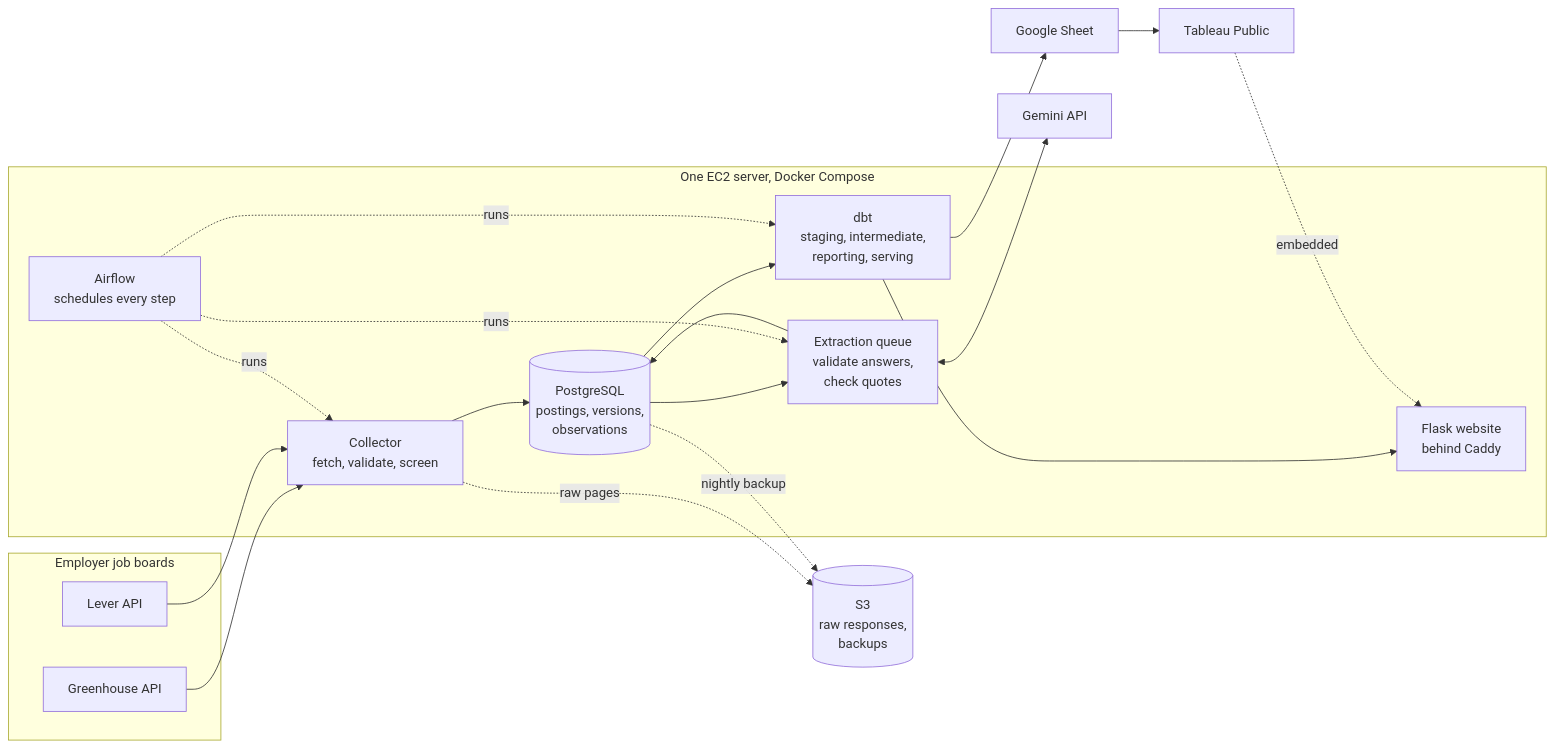
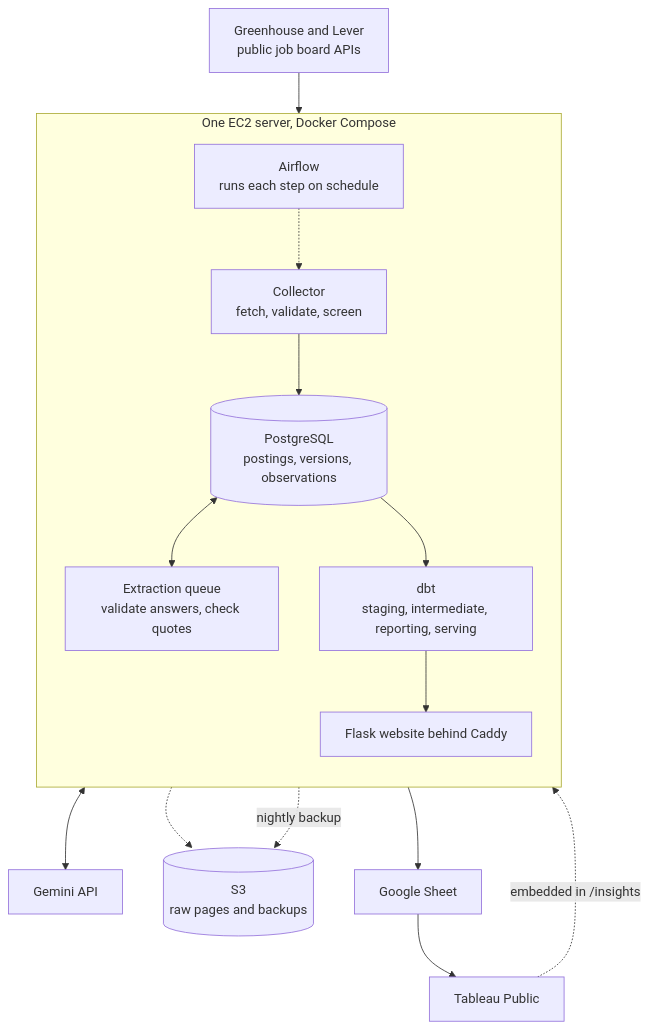
The diagram in docs/ARCHITECTURE.md (Niyog59/Job-Market-Intelligence), drawn with Mermaid before and after one commit. The commit also changed 3 other files, not shown here.

````diff
--- a/docs/ARCHITECTURE.md
+++ b/docs/ARCHITECTURE.md
@@ -8,35 +8,30 @@
 ```mermaid
-flowchart LR
-    subgraph sources["Employer job boards"]
-        gh["Greenhouse API"]
-        lv["Lever API"]
-    end
+flowchart TB
+    boards["Greenhouse and Lever<br/>public job board APIs"]
     subgraph ec2["One EC2 server, Docker Compose"]
-        af["Airflow<br/>schedules every step"]
+        direction TB
+        af["Airflow<br/>runs each step on schedule"]
         col["Collector<br/>fetch, validate, screen"]
-        pg[("PostgreSQL<br/>postings, versions,<br/>observations")]
-        ex["Extraction queue<br/>validate answers,<br/>check quotes"]
-        dbt["dbt<br/>staging, intermediate,<br/>reporting, serving"]
-        web["Flask website<br/>behind Caddy"]
+        pg[("PostgreSQL<br/>postings, versions, observations")]
+        ex["Extraction queue<br/>validate answers, check quotes"]
+        dbt["dbt<br/>staging, intermediate, reporting, serving"]
+        web["Flask website behind Caddy"]
     end
     gem["Gemini API"]
-    s3[("S3<br/>raw responses,<br/>backups")]
+    s3[("S3<br/>raw pages and backups")]
     sheet["Google Sheet"]
     tab["Tableau Public"]
 
-    gh --> col
-    lv --> col
+    boards --> col
+    af -.-> col
     col --> pg
-    col -. raw pages .-> s3
-    pg --> ex
+    col -.-> s3
+    pg <--> ex
     ex <--> gem
-    ex --> pg
     pg --> dbt
     dbt --> web
-    dbt --> sheet --> tab
-    tab -. embedded .-> web
+    dbt --> sheet
+    sheet --> tab
+    tab -. embedded in /insights .-> web
     pg -. nightly backup .-> s3
-    af -. runs .-> col
-    af -. runs .-> ex
-    af -. runs .-> dbt
 ```
````
